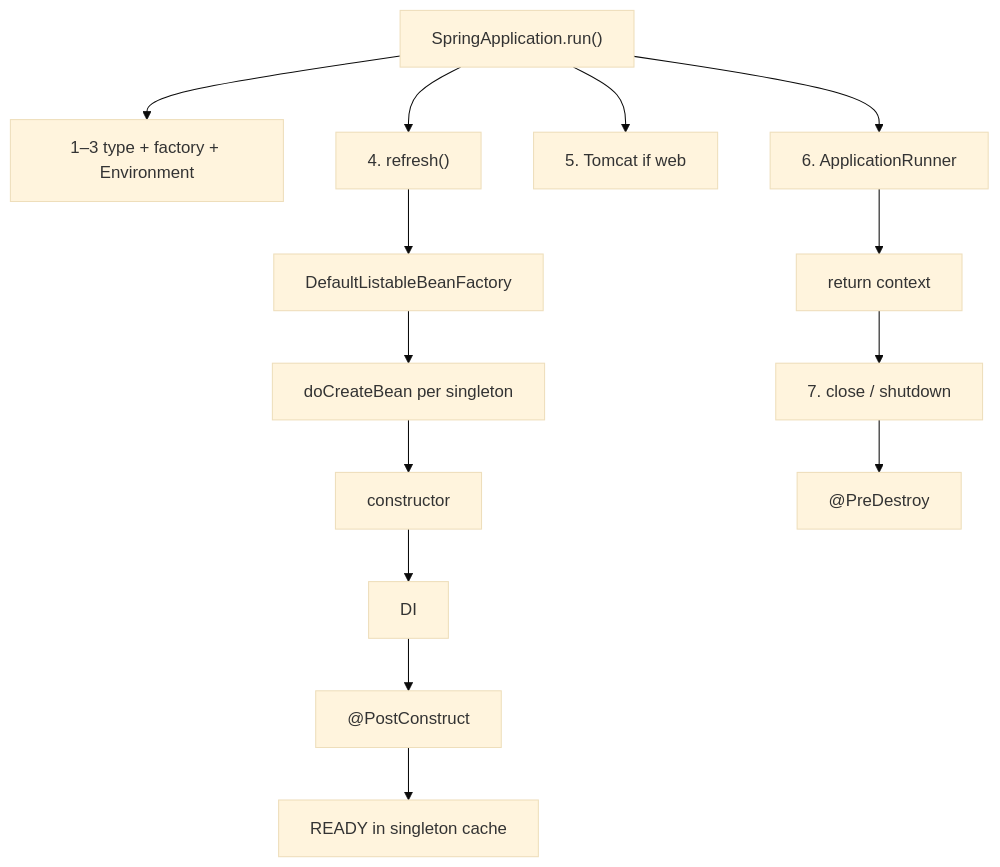
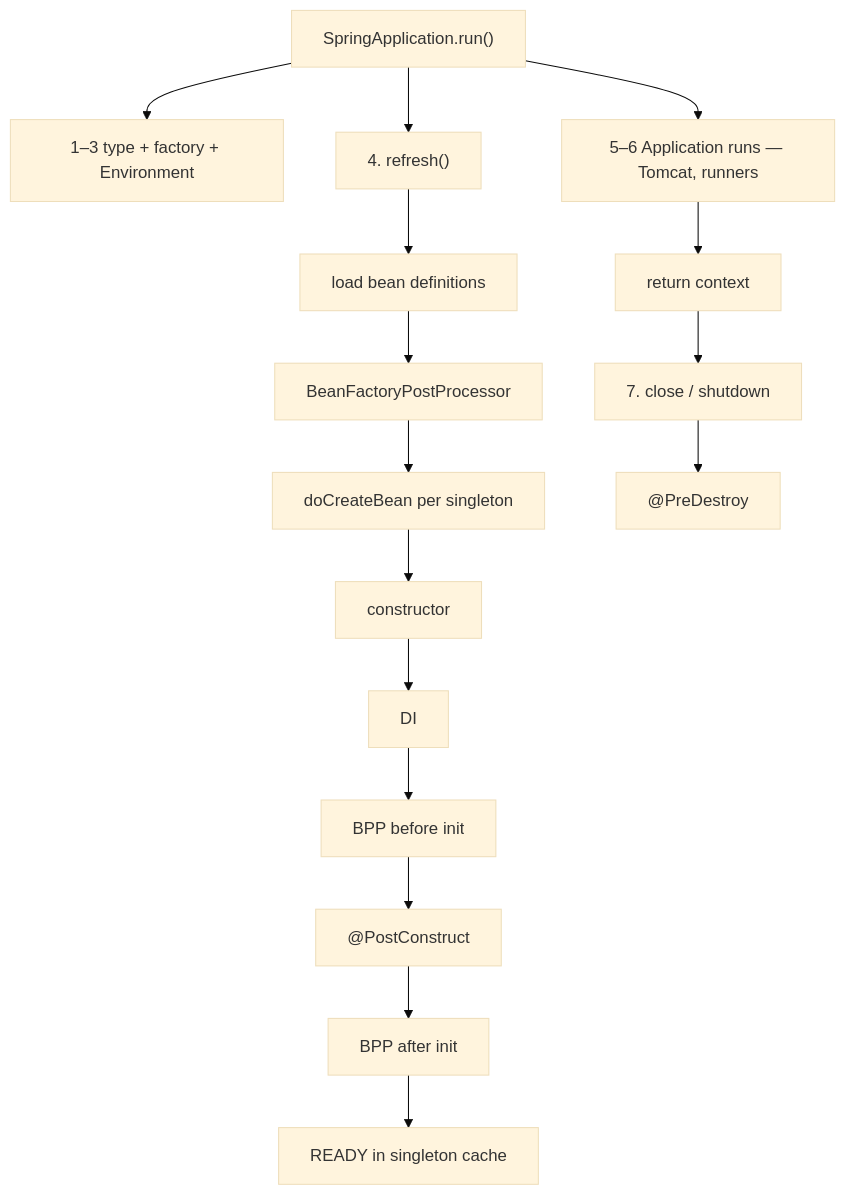
The second of 3 diagrams in 02-ioc-di/BEAN-SCOPE-AND-LIFECYCLE.md (pradhansoumik/SPRING_BOOT_CONCEPTS), drawn with Mermaid (base theme) before and after one commit. The commit also changed other lines of this file, not shown here.

Commit message:
High Level Flow digram

````diff
--- a/02-ioc-di/BEAN-SCOPE-AND-LIFECYCLE.md
+++ b/02-ioc-di/BEAN-SCOPE-AND-LIFECYCLE.md
@@ -110,17 +108,19 @@
 ```mermaid
 flowchart TB
   RUN["SpringApplication.run()"]
   RUN --> T["1–3 type + factory + Environment"]
   RUN --> R["4. refresh()"]
-  R --> BF["DefaultListableBeanFactory"]
-  BF --> DCB["doCreateBean per singleton"]
+  R --> DEF["load bean definitions"]
+  DEF --> BFPP["BeanFactoryPostProcessor"]
+  BFPP --> DCB["doCreateBean per singleton"]
   DCB --> C["constructor"]
   C --> D["DI"]
-  D --> P["@PostConstruct"]
-  P --> READY["READY in singleton cache"]
-  RUN --> S["5. Tomcat if web"]
-  RUN --> AR["6. ApplicationRunner"]
-  AR --> RET["return context"]
+  D --> B1["BPP before init"]
+  B1 --> P["@PostConstruct"]
+  P --> B2["BPP after init"]
+  B2 --> READY["READY in singleton cache"]
+  RUN --> APP["5–6 Application runs — Tomcat, runners"]
+  APP --> RET["return context"]
   RET --> X["7. close / shutdown"]
   X --> PD["@PreDestroy"]
 ```
````
